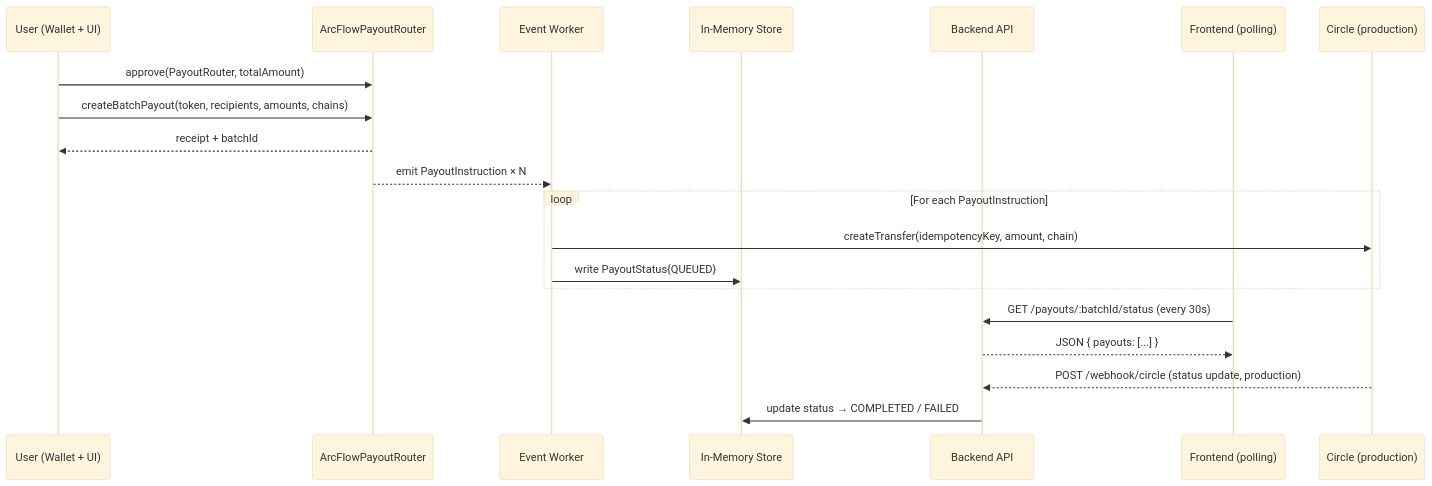
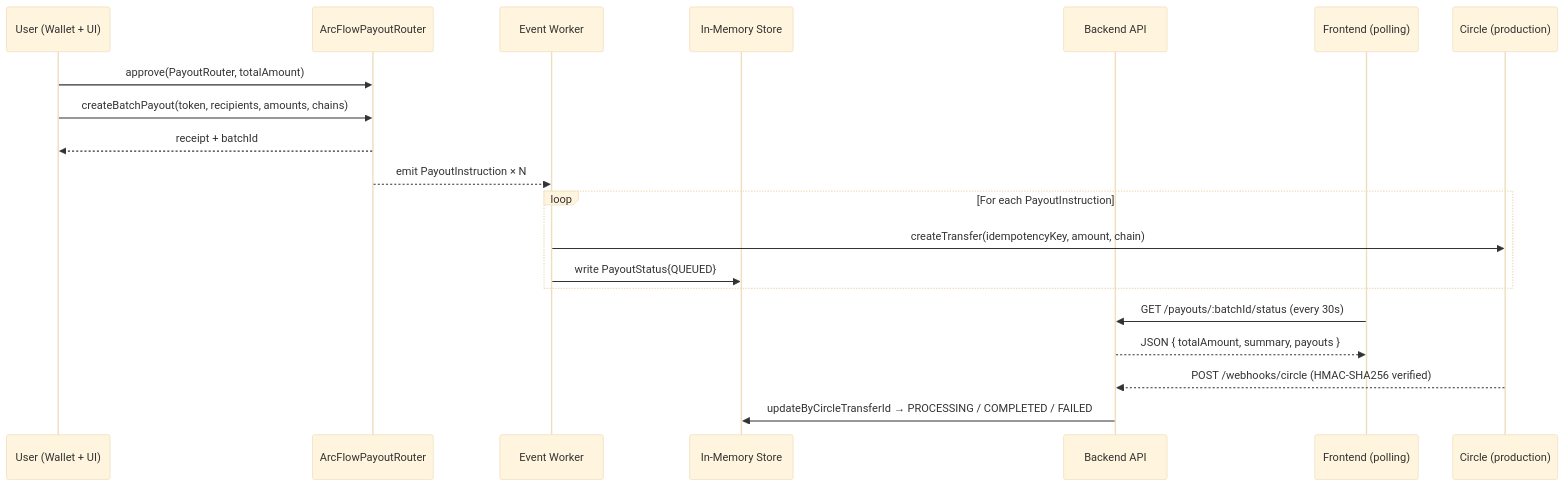
The third of 3 diagrams in ARCHITECTURE.md (MasteraSnackin/ArcFlow-Treasury), drawn with Mermaid (base theme) before and after one commit. The commit also changed other lines of this file and 7 other files, not shown here.

````diff
--- a/ARCHITECTURE.md
+++ b/ARCHITECTURE.md
@@ -298,23 +323,23 @@
 ```mermaid
 sequenceDiagram
   participant U  as User (Wallet + UI)
   participant C  as ArcFlowPayoutRouter
   participant W  as Event Worker
   participant S  as In-Memory Store
   participant B  as Backend API
   participant F  as Frontend (polling)
   participant Ci as Circle (production)
 
   U->>C: approve(PayoutRouter, totalAmount)
   U->>C: createBatchPayout(token, recipients, amounts, chains)
   C-->>U: receipt + batchId
   C-->>W: emit PayoutInstruction × N
   loop For each PayoutInstruction
     W->>Ci: createTransfer(idempotencyKey, amount, chain)
     W->>S: write PayoutStatus{QUEUED}
   end
   F->>B: GET /payouts/:batchId/status (every 30s)
-  B-->>F: JSON { payouts: [...] }
-  Ci-->>B: POST /webhook/circle (status update, production)
-  B->>S: update status → COMPLETED / FAILED
+  B-->>F: JSON { totalAmount, summary, payouts }
+  Ci-->>B: POST /webhooks/circle (HMAC-SHA256 verified)
+  B->>S: updateByCircleTransferId → PROCESSING / COMPLETED / FAILED
 ```
````
